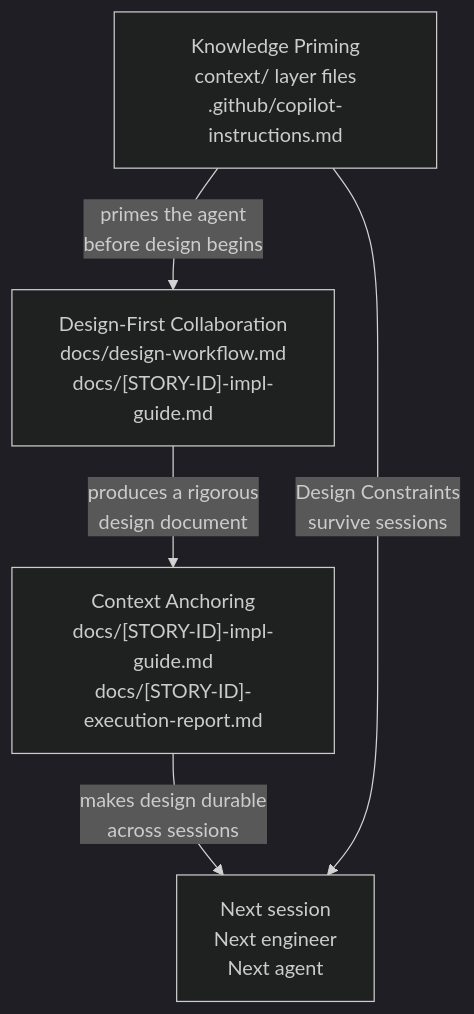
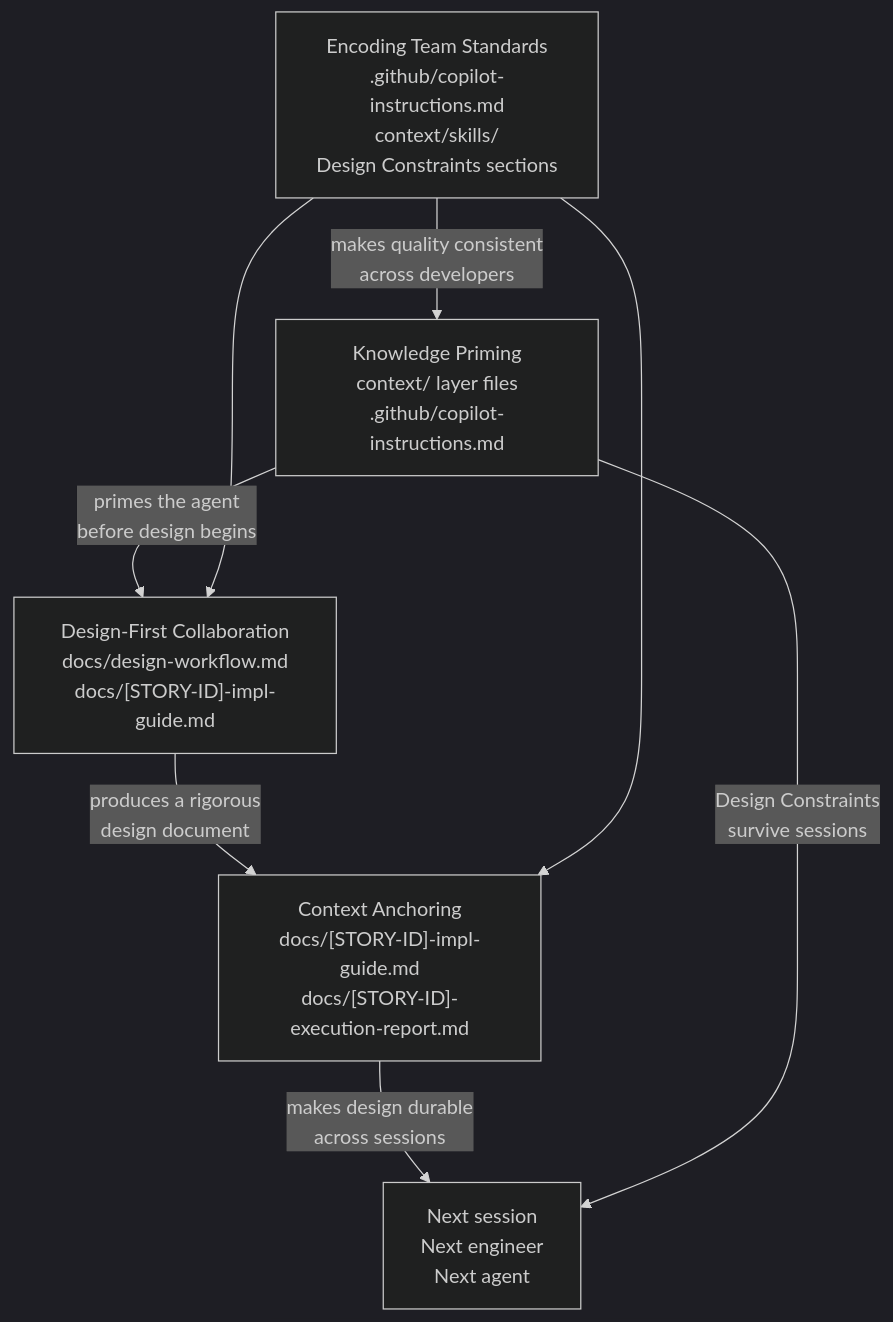
Before and after one commit to andresdiegolanda/design-first-ai: the sixth of 6 diagrams in docs/garg-mapping.md, drawn with Mermaid (dark theme). The commit also changed other lines of this file and 8 other files, not shown here.

````diff
--- a/docs/garg-mapping.md
+++ b/docs/garg-mapping.md
@@ -193,10 +280,14 @@
 ```mermaid
 graph TD
     KP["Knowledge Priming\ncontext/ layer files\n.github/copilot-instructions.md"] -->|"primes the agent\nbefore design begins"| DF
 
     DF["Design-First Collaboration\ndocs/design-workflow.md\ndocs/[STORY-ID]-impl-guide.md"] -->|"produces a rigorous\ndesign document"| CA
 
     CA["Context Anchoring\ndocs/[STORY-ID]-impl-guide.md\ndocs/[STORY-ID]-execution-report.md"] -->|"makes design durable\nacross sessions"| NEXT["Next session\nNext engineer\nNext agent"]
 
+    TS["Encoding Team Standards\n.github/copilot-instructions.md\ncontext/skills/\nDesign Constraints sections"] -->|"makes quality consistent\nacross developers"| KP
+    TS --> DF
+    TS --> CA
+
     KP -->|"Design Constraints\nsurvive sessions"| NEXT
 ```
````
